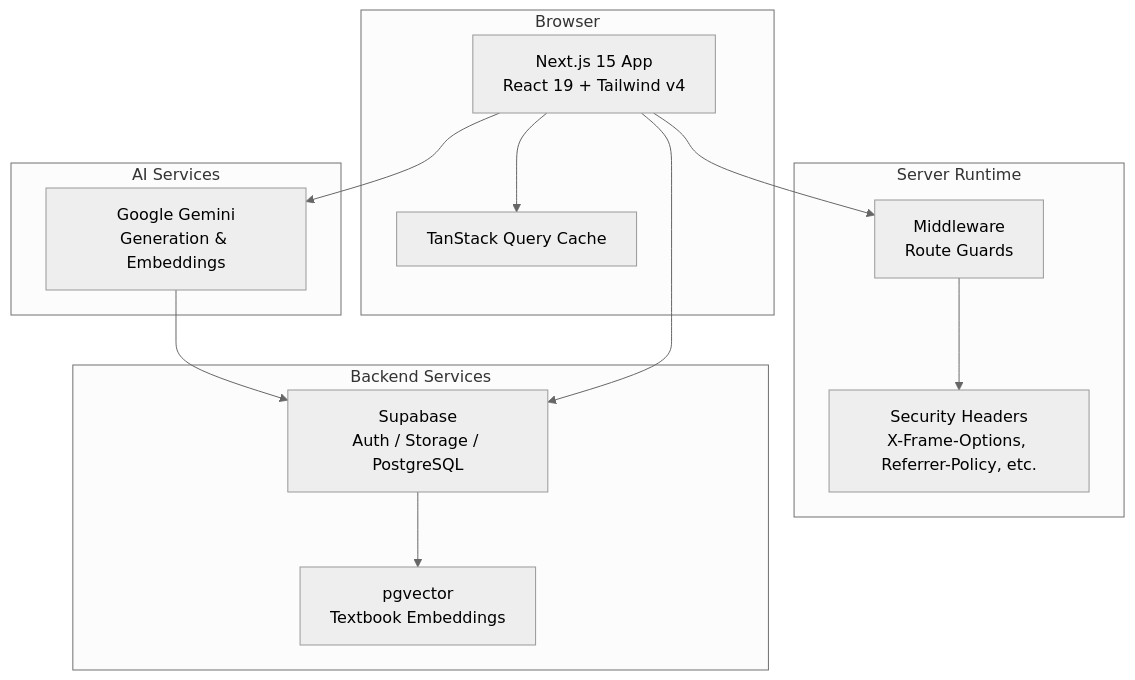
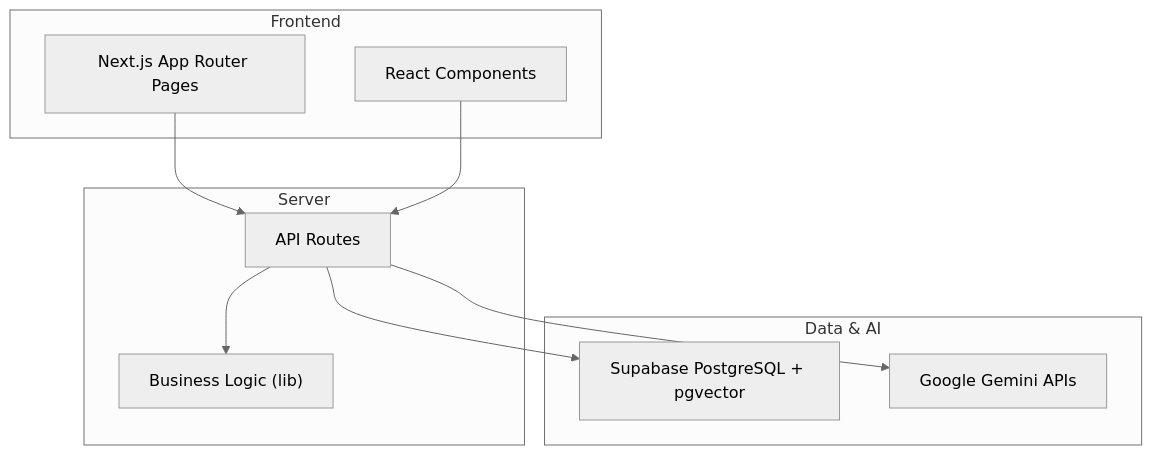
The first of 9 diagrams in .qoder/repowiki/en/content/Architecture Overview/Architecture Overview.md (Daniiyal-creates/MedAce-AI), drawn with Mermaid (neutral theme) before and after one commit. The commit also changed other lines of this file and 159 other files, not shown here.

````diff
--- a/.qoder/repowiki/en/content/Architecture Overview/Architecture Overview.md
+++ b/.qoder/repowiki/en/content/Architecture Overview/Architecture Overview.md
@@ -99,25 +43,20 @@
 ```mermaid
 graph TB
-subgraph "Browser"
-UI["Next.js 15 App<br/>React 19 + Tailwind v4"]
-MQ["TanStack Query Cache"]
+subgraph "Frontend"
+A["Next.js App Router Pages"]
+B["React Components"]
 end
-subgraph "Server Runtime"
-MW["Middleware<br/>Route Guards"]
-SEC["Security Headers<br/>X-Frame-Options, Referrer-Policy, etc."]
+subgraph "Server"
+C["API Routes"]
+D["Business Logic (lib)"]
 end
-subgraph "Backend Services"
-SUPA["Supabase<br/>Auth / Storage / PostgreSQL"]
-PGV["pgvector<br/>Textbook Embeddings"]
+subgraph "Data & AI"
+E["Supabase PostgreSQL + pgvector"]
+F["Google Gemini APIs"]
 end
-subgraph "AI Services"
-GEM["Google Gemini<br/>Generation & Embeddings"]
-end
-UI --> MQ
-UI --> MW
-MW --> SEC
-UI --> SUPA
-UI --> GEM
-SUPA --> PGV
-GEM --> SUPA
+A --> C
+B --> C
+C --> D
+C --> E
+C --> F
 ```
````
